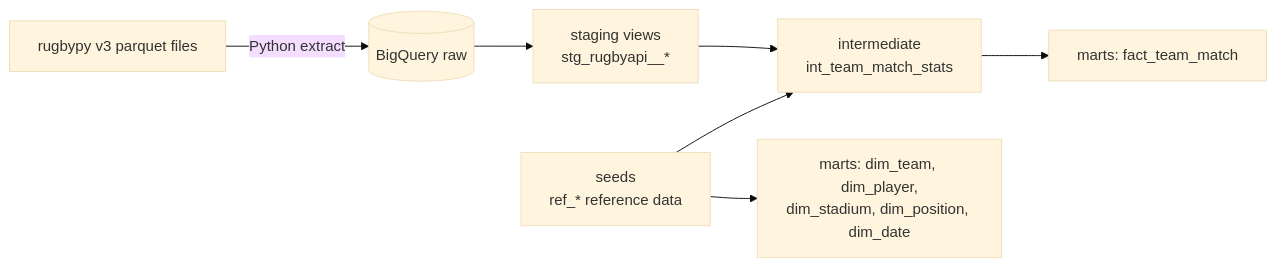
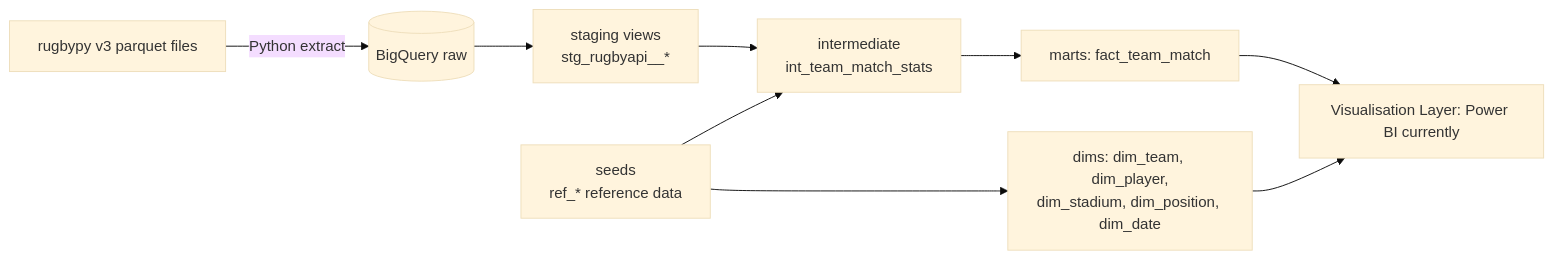
Before and after one commit to palmat/rugby_analytics: the diagram in README.md, drawn with Mermaid (base theme).

Commit message:
Amended data flow diagram

````diff
--- a/README.md
+++ b/README.md
@@ -16,9 +16,11 @@
 ```mermaid
 flowchart LR
     A[rugbypy v3 parquet files] -->|Python extract| B[(BigQuery raw)]
     B --> C[staging views<br/>stg_rugbyapi__*]
     S[seeds<br/>ref_* reference data] --> D
     C --> D[intermediate<br/>int_team_match_stats]
     D --> E[marts: fact_team_match]
-    S --> F[marts: dim_team, dim_player,<br/>dim_stadium, dim_position, dim_date]
+    S --> F[dims: dim_team, dim_player,<br/>dim_stadium, dim_position, dim_date]
+    E --> G[Visualisation Layer: Power BI currently]
+    F --> G
 ```
````
